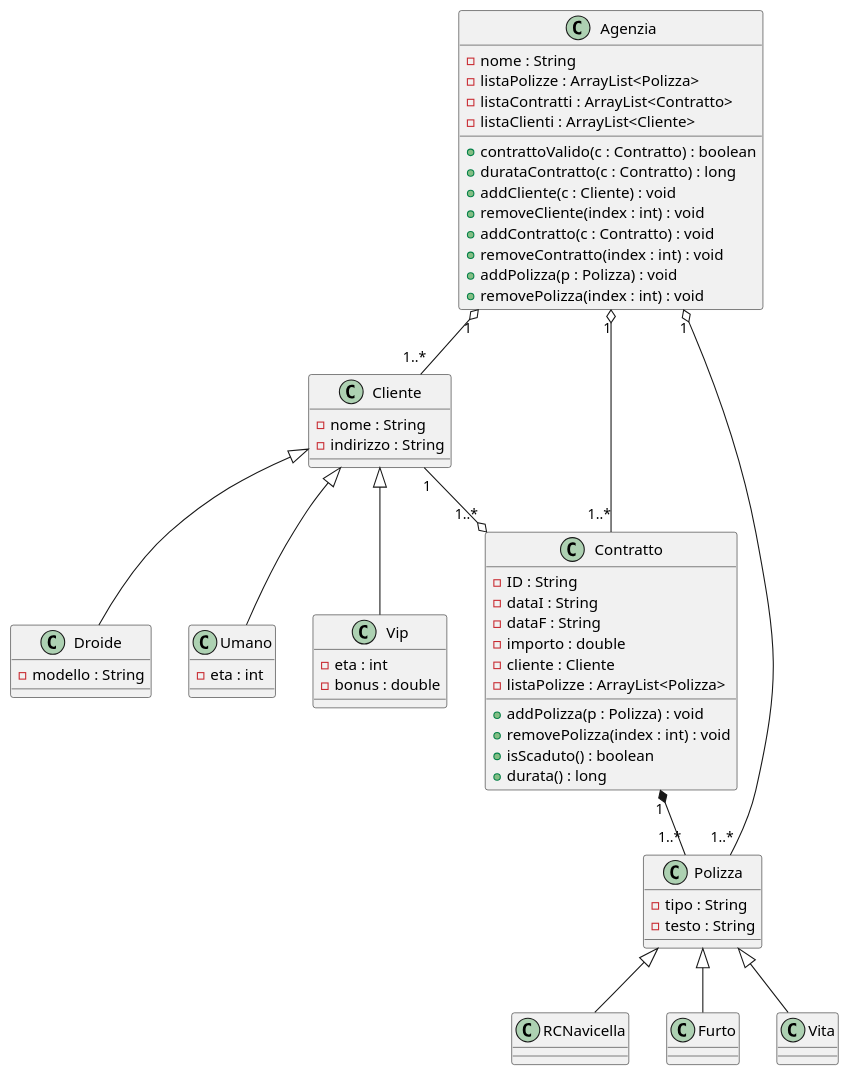
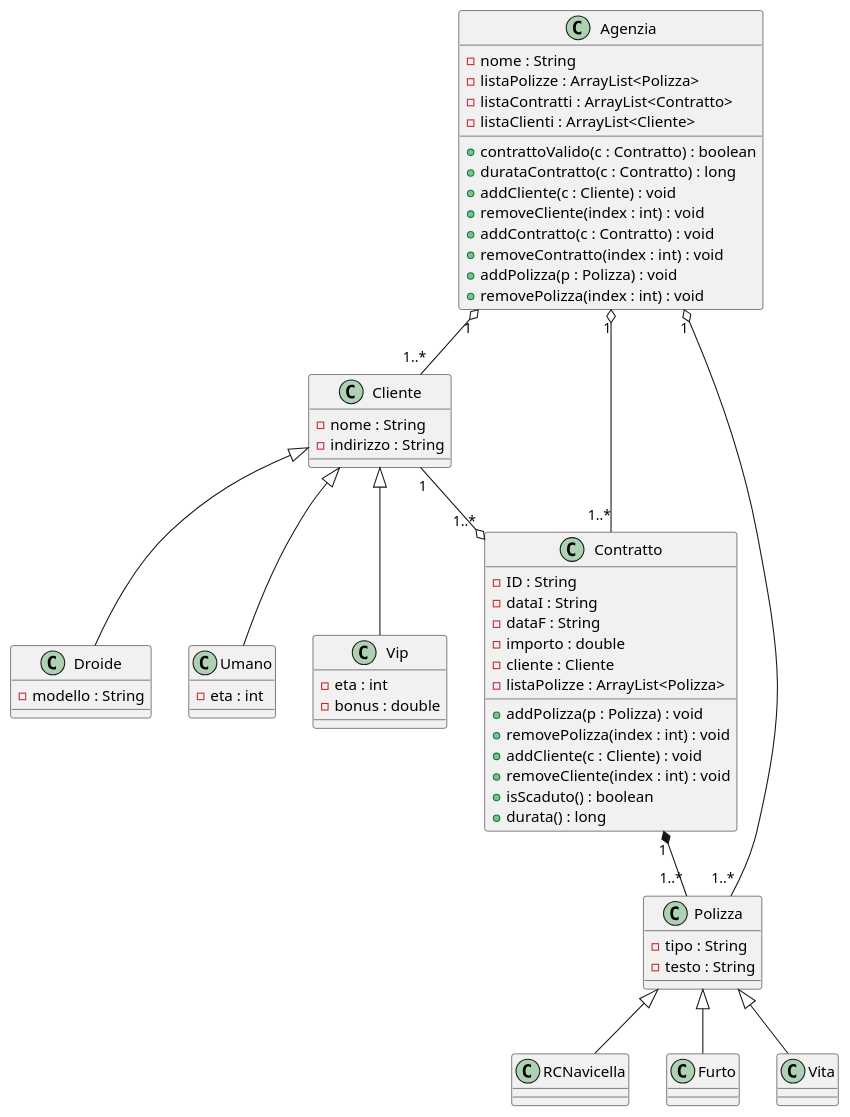
Before and after one commit to vero-sh/veroRepo: the diagram in NeoTokyo/src/CD2.puml, drawn with PlantUML. The commit also changed 2 other files, not shown here.

```diff
--- a/NeoTokyo/src/CD2.puml
+++ b/NeoTokyo/src/CD2.puml
@@ -1,68 +1,70 @@
 @startuml
 
 class Cliente {
     -nome : String
     -indirizzo : String
 }
 
 class Droide{
     -modello : String
 }
 
 class Umano {
     -eta : int
 }
 
 class Vip {
     -eta : int
     -bonus : double
 }
 
 class Contratto {
     -ID : String
     -dataI : String
     -dataF : String
     -importo : double
     -cliente : Cliente
     -listaPolizze : ArrayList<Polizza>
     +addPolizza(p : Polizza) : void
     +removePolizza(index : int) : void
+    +addCliente(c : Cliente) : void
+    +removeCliente(index : int) : void
     +isScaduto() : boolean
     +durata() : long
 }
 
 class Agenzia {
     -nome : String
     -listaPolizze : ArrayList<Polizza>
     -listaContratti : ArrayList<Contratto>
     -listaClienti : ArrayList<Cliente>
     +contrattoValido(c : Contratto) : boolean
     +durataContratto(c : Contratto) : long
     +addCliente(c : Cliente) : void
     +removeCliente(index : int) : void
     +addContratto(c : Contratto) : void
     +removeContratto(index : int) : void
     +addPolizza(p : Polizza) : void
     +removePolizza(index : int) : void
 }
 
 class Polizza {
     -tipo : String
     -testo : String
 }
 
 class RCNavicella extends Polizza
 class Furto extends Polizza
 class Vita extends Polizza
 
 Cliente <|-- Droide
 Cliente <|-- Umano
 Cliente <|-- Vip
 
 Contratto "1" *-- "1..*" Polizza
 Cliente "1" --o "1..*" Contratto
 Agenzia "1" o-- "1..*" Cliente
 Agenzia "1" o-- "1..*" Contratto
 Agenzia "1" o-- "1..*" Polizza
 
 @enduml
```
